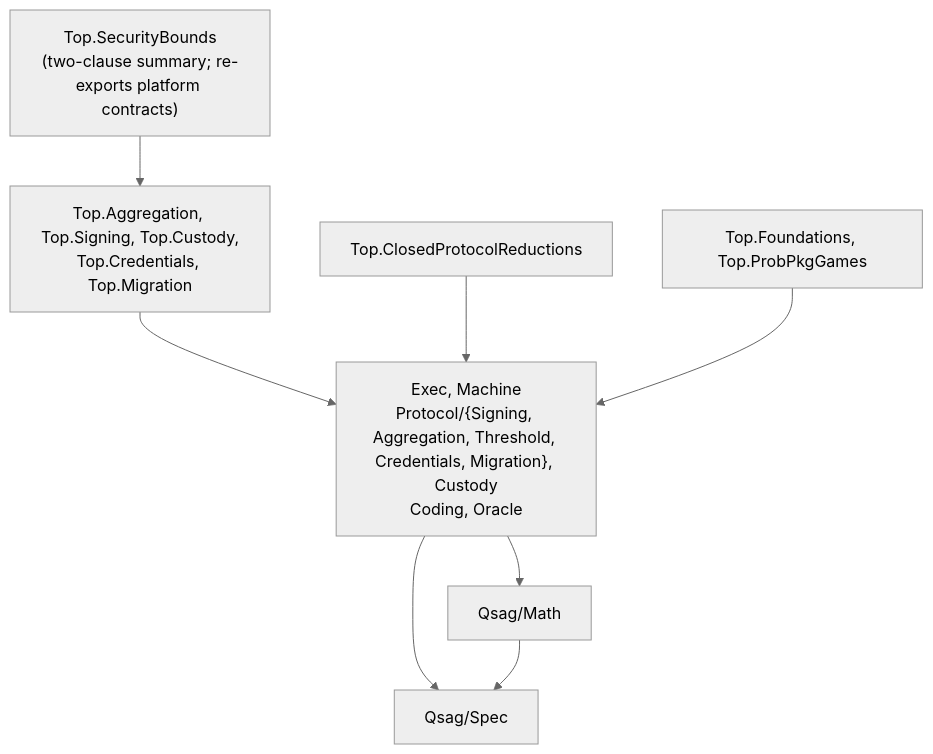
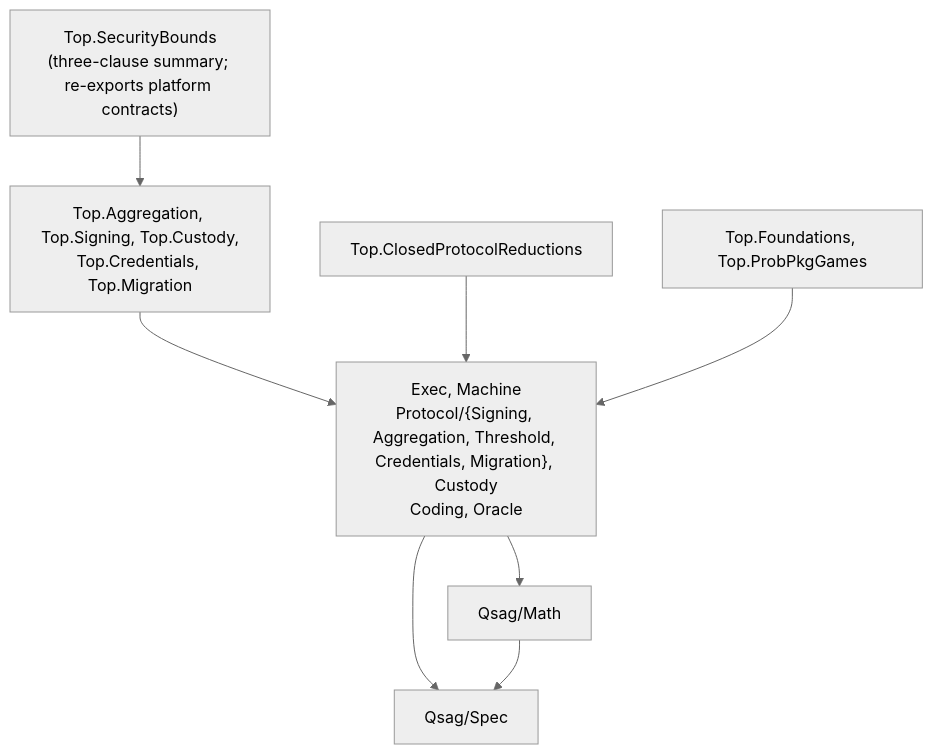
Before and after one commit to emberian/qsag: the diagram in docs/PROOF_ARCHITECTURE.md, drawn with Mermaid (neutral theme). The commit also changed other lines of this file and 34 other files, not shown here.

````diff
--- a/docs/PROOF_ARCHITECTURE.md
+++ b/docs/PROOF_ARCHITECTURE.md
@@ -21,17 +21,17 @@
 ```mermaid
 flowchart TD
-    TopSec["Top.SecurityBounds<br/>(two-clause summary; re-exports platform contracts)"]
+    TopSec["Top.SecurityBounds<br/>(three-clause summary; re-exports platform contracts)"]
     TopClosed["Top.ClosedProtocolReductions"]
     TopDom["Top.Aggregation, Top.Signing, Top.Custody,<br/>Top.Credentials, Top.Migration"]
     TopBase["Top.Foundations, Top.ProbPkgGames"]
 
     Mech["Exec, Machine<br/>Protocol/{Signing, Aggregation, Threshold, Credentials, Migration}, Custody<br/>Coding, Oracle"]
     Math["Qsag/Math"]
     Spec["Qsag/Spec"]
 
     TopSec --> TopDom
     TopDom & TopClosed & TopBase --> Mech
     Mech --> Math
     Mech --> Spec
     Math --> Spec
 ```
````
